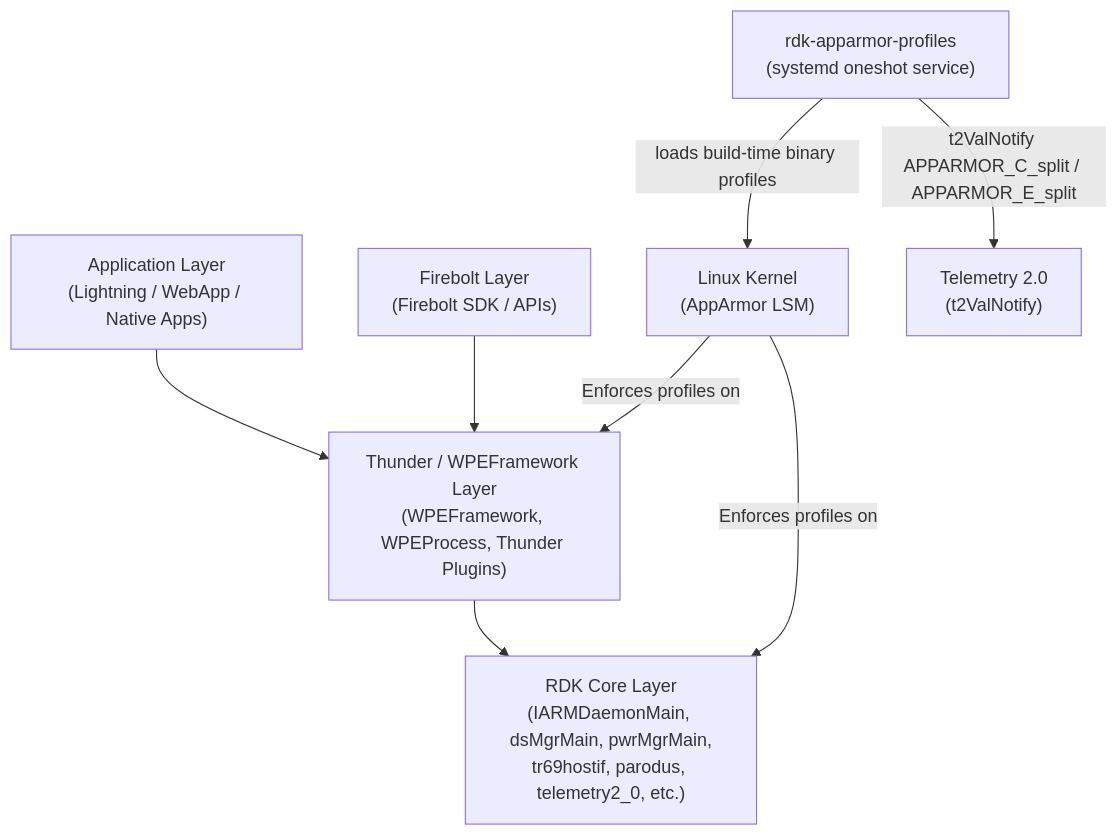
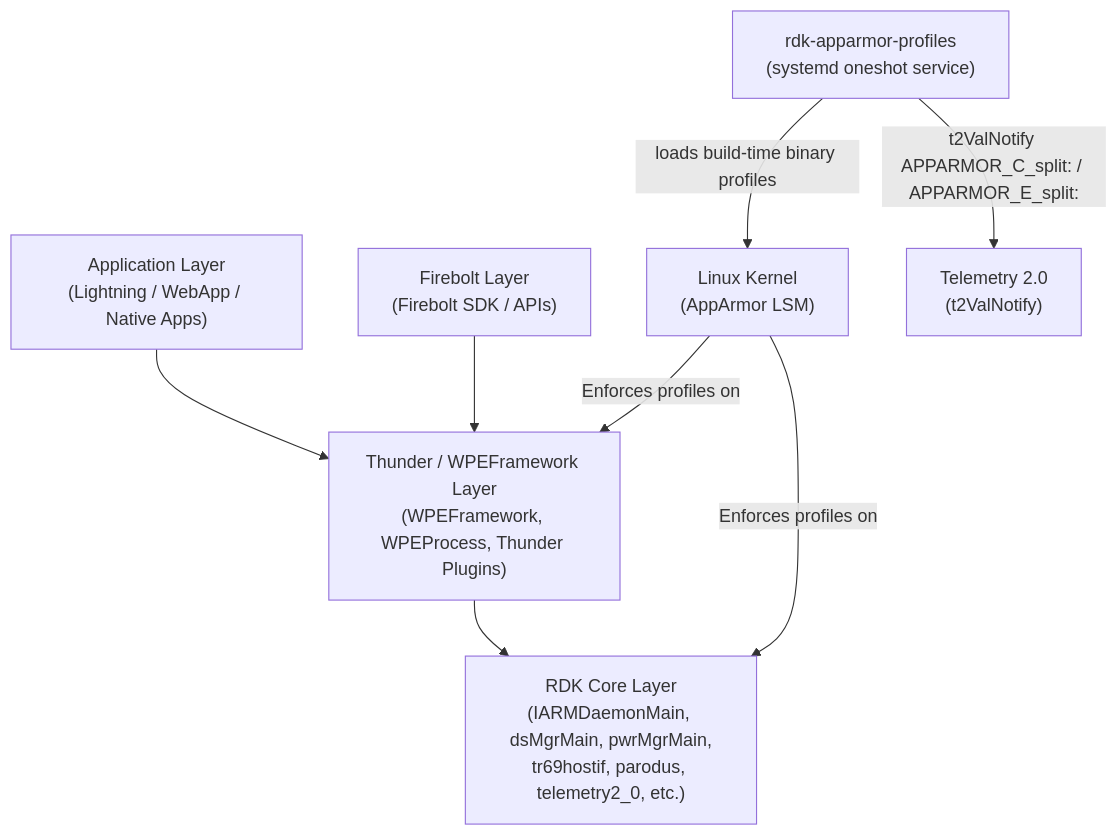
One commit to rdkcentral/rdk-apparmor-profiles changed the first of 8 diagrams in README.md. Above: the diagram before and after it, drawn with Mermaid. The commit also changed other lines of this file, not shown here.

````diff
--- a/README.md
+++ b/README.md
@@ -13,18 +13,18 @@
 ```mermaid
 graph TD
     AppLayer["Application Layer<br/>(Lightning / WebApp / Native Apps)"]
     FireboltLayer["Firebolt Layer<br/>(Firebolt SDK / APIs)"]
     ThunderLayer["Thunder / WPEFramework Layer<br/>(WPEFramework, WPEProcess, Thunder Plugins)"]
     RDKCoreLayer["RDK Core Layer<br/>(IARMDaemonMain, dsMgrMain, pwrMgrMain,<br/>tr69hostif, parodus, telemetry2_0, etc.)"]
     ApparmorComp["rdk-apparmor-profiles<br/>(systemd oneshot service)"]
     KernelLayer["Linux Kernel<br/>(AppArmor LSM)"]
     Telemetry["Telemetry 2.0<br/>(t2ValNotify)"]
 
     AppLayer --> ThunderLayer
     FireboltLayer --> ThunderLayer
     ThunderLayer --> RDKCoreLayer
     ApparmorComp -->|"loads build-time binary profiles"| KernelLayer
     KernelLayer -->|"Enforces profiles on"| ThunderLayer
     KernelLayer -->|"Enforces profiles on"| RDKCoreLayer
-    ApparmorComp -->|"t2ValNotify APPARMOR_C_split / APPARMOR_E_split"| Telemetry
+    ApparmorComp -->|"t2ValNotify APPARMOR_C_split: / APPARMOR_E_split:"| Telemetry
 ```
````
